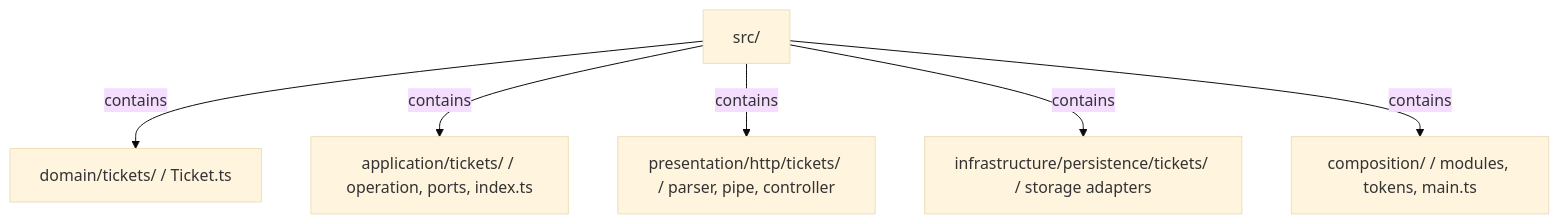
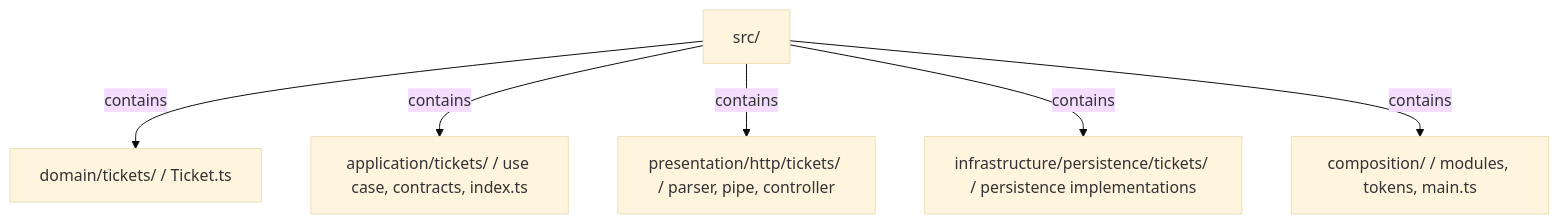
The first of 2 diagrams in backend/4-create-ticket-with-nestjs.md (AndresTaoFlorez/software-architecture), drawn with Mermaid (base theme) before and after one commit. The commit also changed other lines of this file and 9 other files, not shown here.

````diff
--- a/backend/4-create-ticket-with-nestjs.md
+++ b/backend/4-create-ticket-with-nestjs.md
@@ -15,8 +15,8 @@
 ```mermaid
 flowchart TD
     S["src/"] -->|"contains"| D["domain/tickets/ / Ticket.ts"]
-    S -->|"contains"| A["application/tickets/ / operation, ports, index.ts"]
+    S -->|"contains"| A["application/tickets/ / use case, contracts, index.ts"]
     S -->|"contains"| H["presentation/http/tickets/ / parser, pipe, controller"]
-    S -->|"contains"| I["infrastructure/persistence/tickets/ / storage adapters"]
+    S -->|"contains"| I["infrastructure/persistence/tickets/ / persistence implementations"]
     S -->|"contains"| C["composition/ / modules, tokens, main.ts"]
 ```
````
